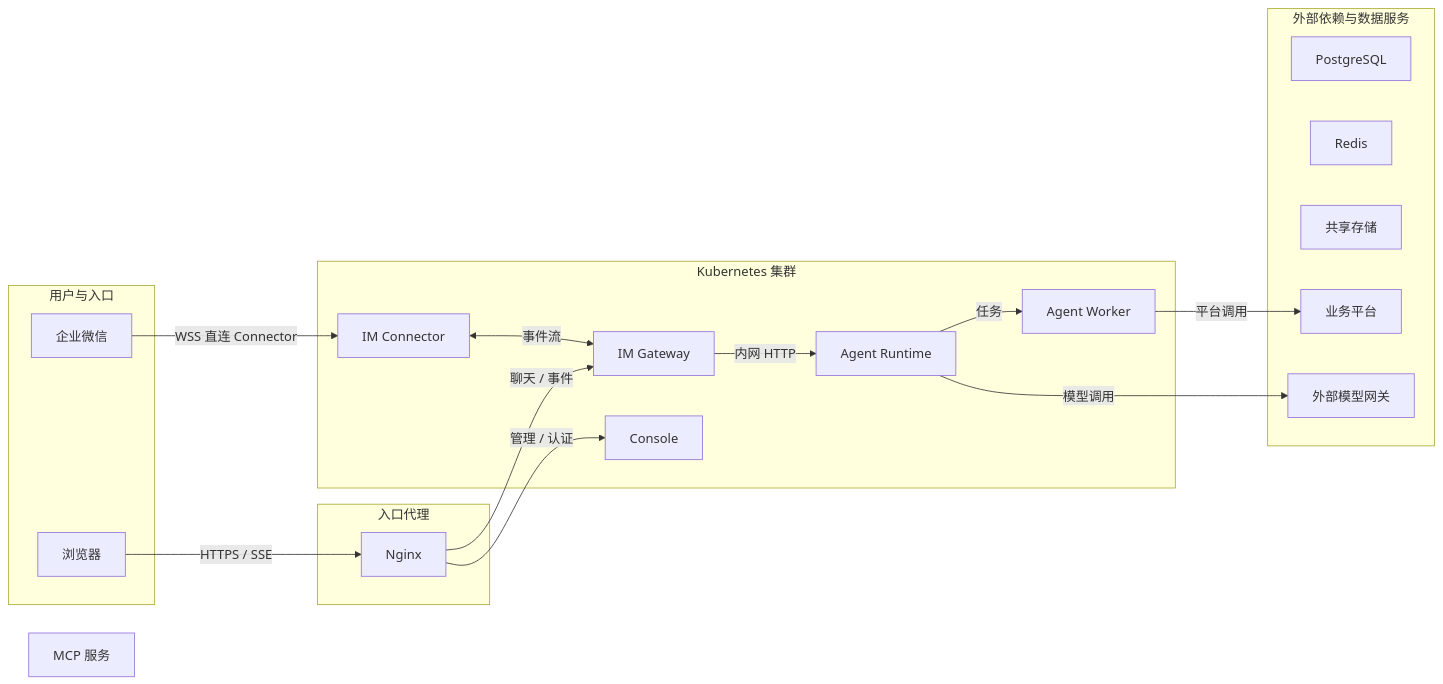
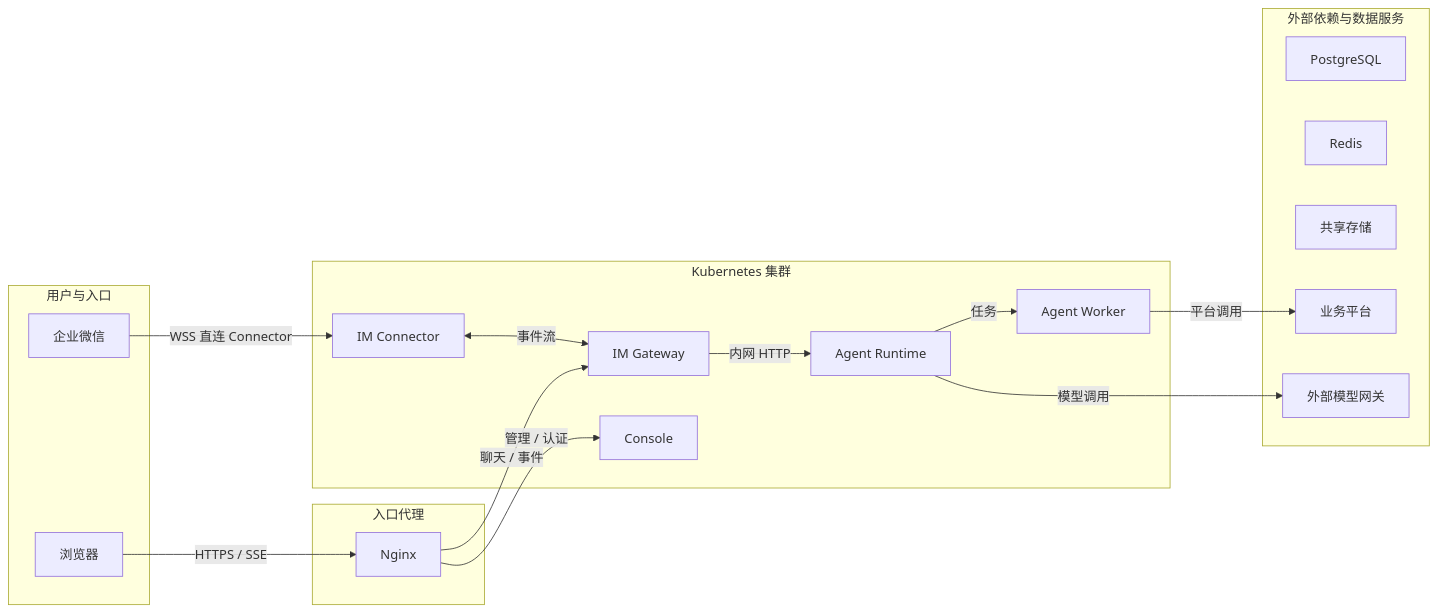
One commit to Michaelxwb/fluxion-harness changed the diagram in docs/01-总体设计图/网络拓扑与容量规划.mmd. Above: the diagram before and after it, drawn with Mermaid. The commit also changed 62 other files, not shown here.

```diff
--- a/docs/01-总体设计图/网络拓扑与容量规划.mmd
+++ b/docs/01-总体设计图/网络拓扑与容量规划.mmd
@@ -1,32 +1,31 @@
 flowchart LR
   subgraph users["用户与入口"]
     wecom["企业微信"]
     browser["浏览器"]
   end
   subgraph edge["入口代理"]
     nginx["Nginx"]
   end
   subgraph cluster["Kubernetes 集群"]
     gateway["IM Gateway"]
     connector["IM Connector"]
     console["Console"]
     runtime["Agent Runtime"]
     worker["Agent Worker"]
   end
   subgraph external["外部依赖与数据服务"]
     pg["PostgreSQL"]
     redis["Redis"]
     storage["共享存储"]
     models["外部模型网关"]
     platforms["业务平台"]
   end
-  mcp["MCP 服务"]
   browser -->|"HTTPS / SSE"| nginx
   nginx -->|"聊天 / 事件"| gateway
   nginx -->|"管理 / 认证"| console
   wecom -->|"WSS 直连 Connector"| connector
   connector <-->|"事件流"| gateway
   gateway -->|"内网 HTTP"| runtime
   runtime -->|"任务"| worker
   runtime -->|"模型调用"| models
   worker -->|"平台调用"| platforms
```
